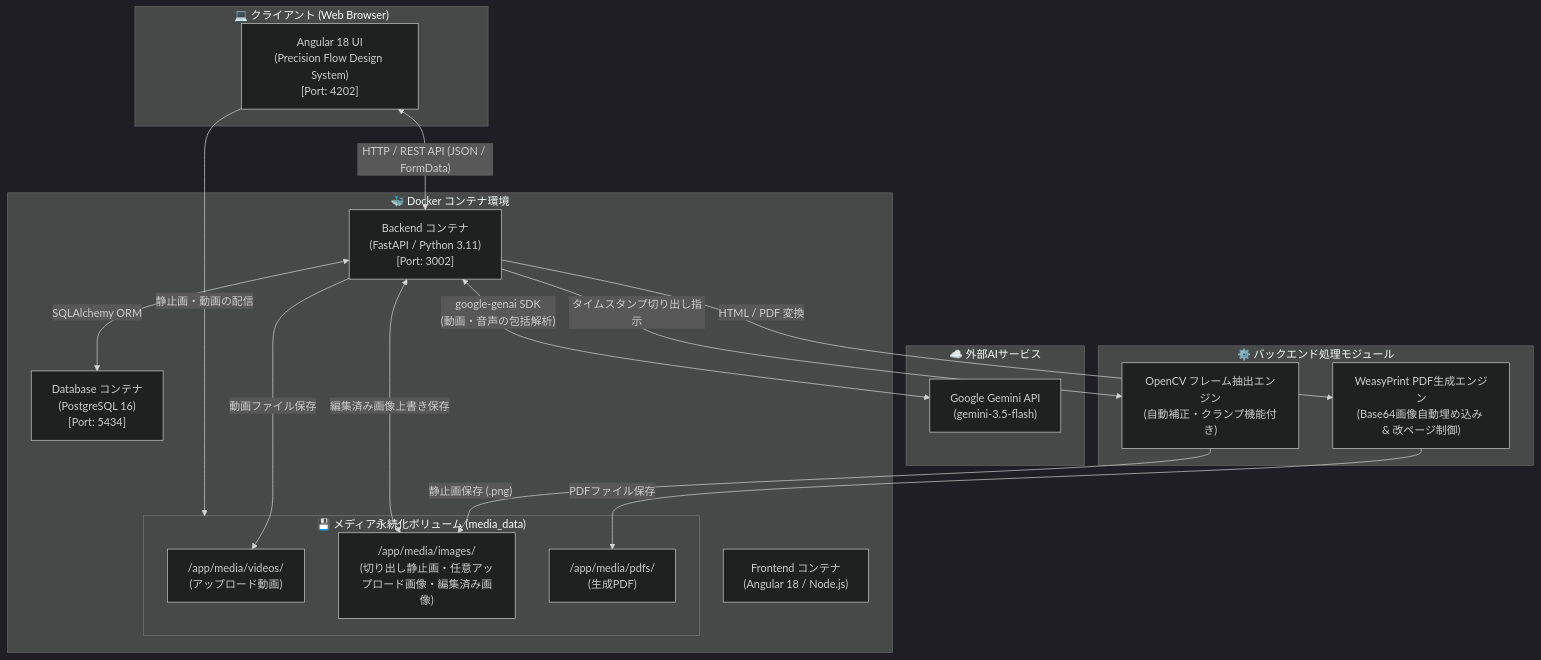
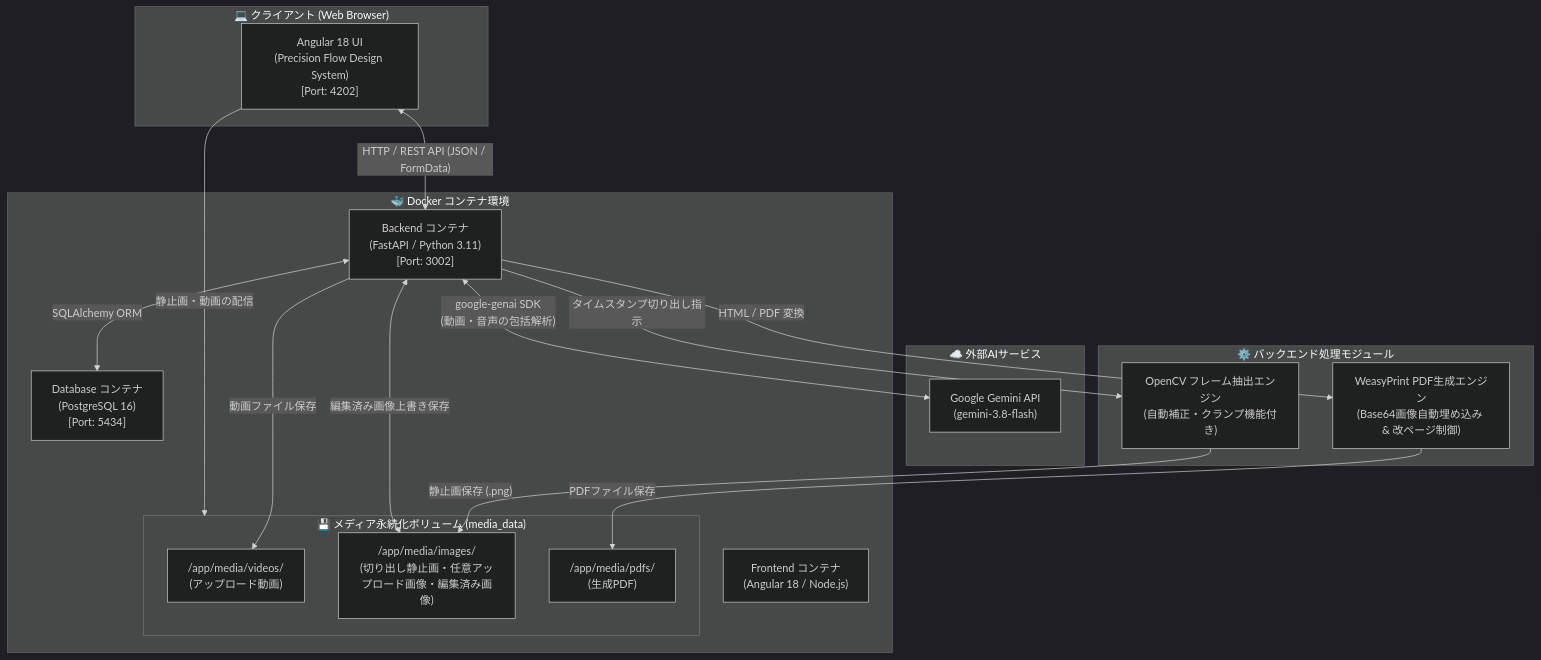
Before and after one commit to n-yamai/manual-creator: the diagram in README.md, drawn with Mermaid (dark theme). The commit also changed other lines of this file and 11 other files, not shown here.

````diff
--- a/README.md
+++ b/README.md
@@ -13,40 +13,40 @@
 ```mermaid
 flowchart TB
     subgraph Client["💻 クライアント (Web Browser)"]
         UI["Angular 18 UI\n(Precision Flow Design System)\n[Port: 4202]"]
     end
 
     subgraph DockerEnv["🐳 Docker コンテナ環境"]
         FE_Container["Frontend コンテナ\n(Angular 18 / Node.js)"]
         BE_Container["Backend コンテナ\n(FastAPI / Python 3.11)\n[Port: 3002]"]
         DB_Container["Database コンテナ\n(PostgreSQL 16)\n[Port: 5434]"]
         
         subgraph SharedMedia["💾 メディア永続化ボリューム (media_data)"]
             Videos["/app/media/videos/\n(アップロード動画)"]
             Images["/app/media/images/\n(切り出し静止画・任意アップロード画像・編集済み画像)"]
             PDFs["/app/media/pdfs/\n(生成PDF)"]
         end
     end
 
     subgraph External["☁️ 外部AIサービス"]
-        Gemini["Google Gemini API\n(gemini-3.5-flash)"]
+        Gemini["Google Gemini API\n(gemini-3.8-flash)"]
     end
 
     subgraph BackendServices["⚙️ バックエンド処理モジュール"]
         OpenCV["OpenCV フレーム抽出エンジン\n(自動補正・クランプ機能付き)"]
         PDFGen["WeasyPrint PDF生成エンジン\n(Base64画像自動埋め込み & 改ページ制御)"]
     end
 
     UI <-->|"HTTP / REST API (JSON / FormData)"| BE_Container
     BE_Container <-->|"SQLAlchemy ORM"| DB_Container
     BE_Container <-->|"google-genai SDK\n(動画・音声の包括解析)"| Gemini
     BE_Container -->|"タイムスタンプ切り出し指示"| OpenCV
     BE_Container -->|"HTML / PDF 変換"| PDFGen
     
     OpenCV -->|"静止画保存 (.png)"| Images
     BE_Container -->|"動画ファイル保存"| Videos
     BE_Container <-->|"編集済み画像上書き保存"| Images
     PDFGen -->|"PDFファイル保存"| PDFs
     
     UI -->|"静止画・動画の配信"| SharedMedia
 ```
````
